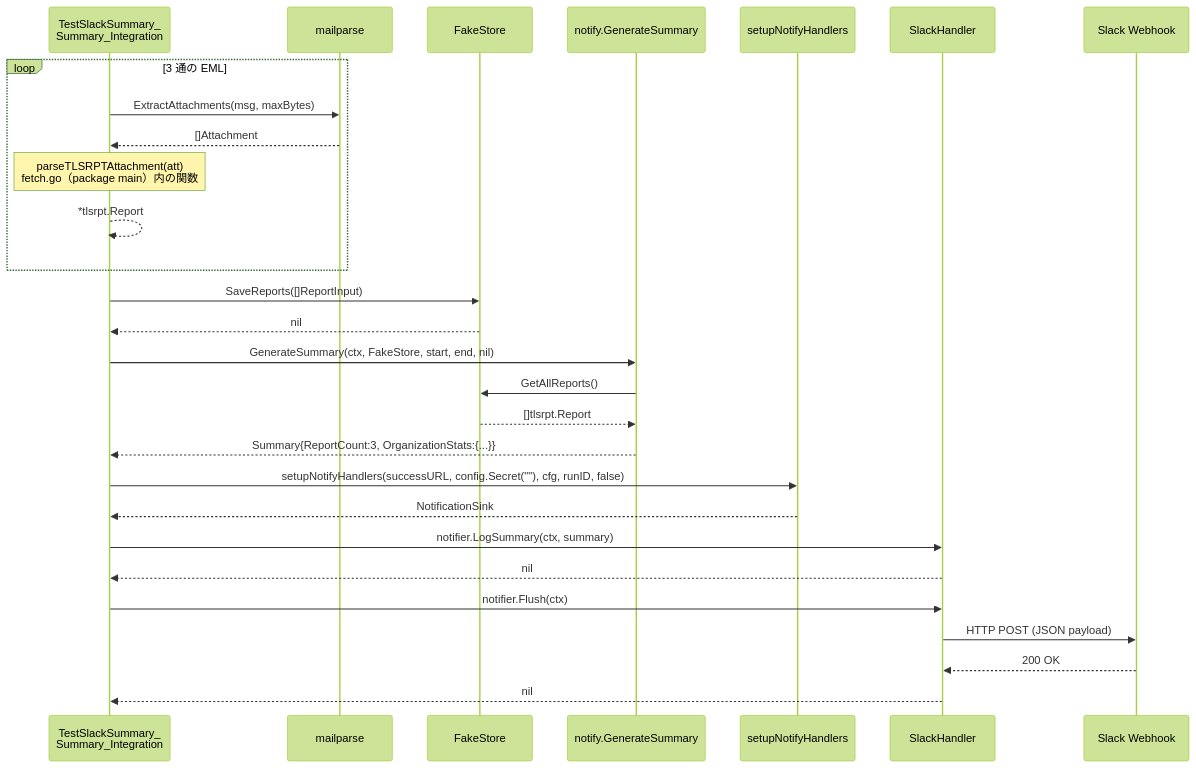
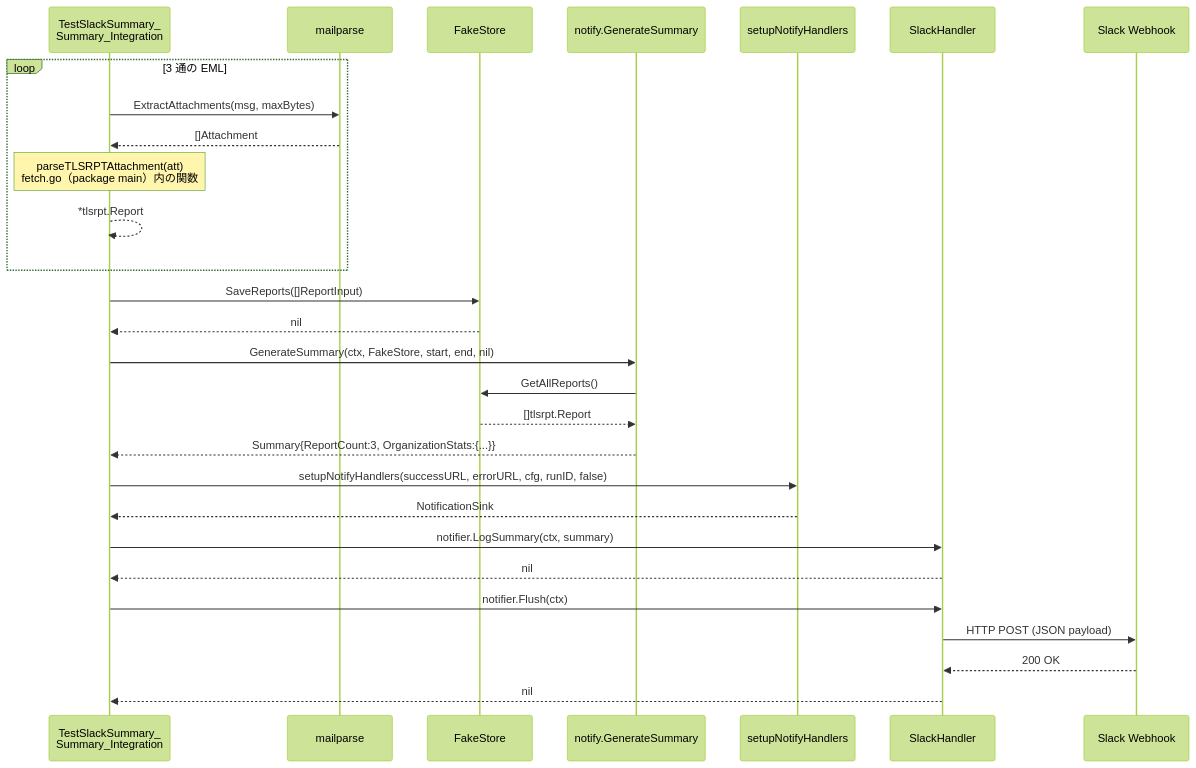
Before and after one commit to isseis/tlsrpt-digest: the third of 6 diagrams in docs/tasks/0102_slack_summary_integration/02_architecture.md, drawn with Mermaid (forest theme). The commit also changed other lines of this file and 2 other files, not shown here.

````diff
--- a/docs/tasks/0102_slack_summary_integration/02_architecture.md
+++ b/docs/tasks/0102_slack_summary_integration/02_architecture.md
@@ -94,35 +94,35 @@
 ```mermaid
 sequenceDiagram
     participant Test as TestSlackSummary_<br>Summary_Integration
     participant MP as mailparse
     participant FS as FakeStore
     participant GS as notify.GenerateSummary
     participant NH as setupNotifyHandlers
     participant SH as SlackHandler
     participant Slack as Slack Webhook
 
     loop 3 通の EML
         Test->>MP: ExtractAttachments(msg, maxBytes)
         MP-->>Test: []Attachment
         Note over Test: parseTLSRPTAttachment(att)<br>fetch.go（package main）内の関数
         Test-->>Test: *tlsrpt.Report
     end
 
     Test->>FS: SaveReports([]ReportInput)
     FS-->>Test: nil
 
     Test->>GS: GenerateSummary(ctx, FakeStore, start, end, nil)
     GS->>FS: GetAllReports()
     FS-->>GS: []tlsrpt.Report
     GS-->>Test: Summary{ReportCount:3, OrganizationStats:{...}}
 
-    Test->>NH: setupNotifyHandlers(successURL, config.Secret(""), cfg, runID, false)
+    Test->>NH: setupNotifyHandlers(successURL, errorURL, cfg, runID, false)
     NH-->>Test: NotificationSink
 
     Test->>SH: notifier.LogSummary(ctx, summary)
     SH-->>Test: nil
     Test->>SH: notifier.Flush(ctx)
     SH->>Slack: HTTP POST (JSON payload)
     Slack-->>SH: 200 OK
     SH-->>Test: nil
 ```
````
